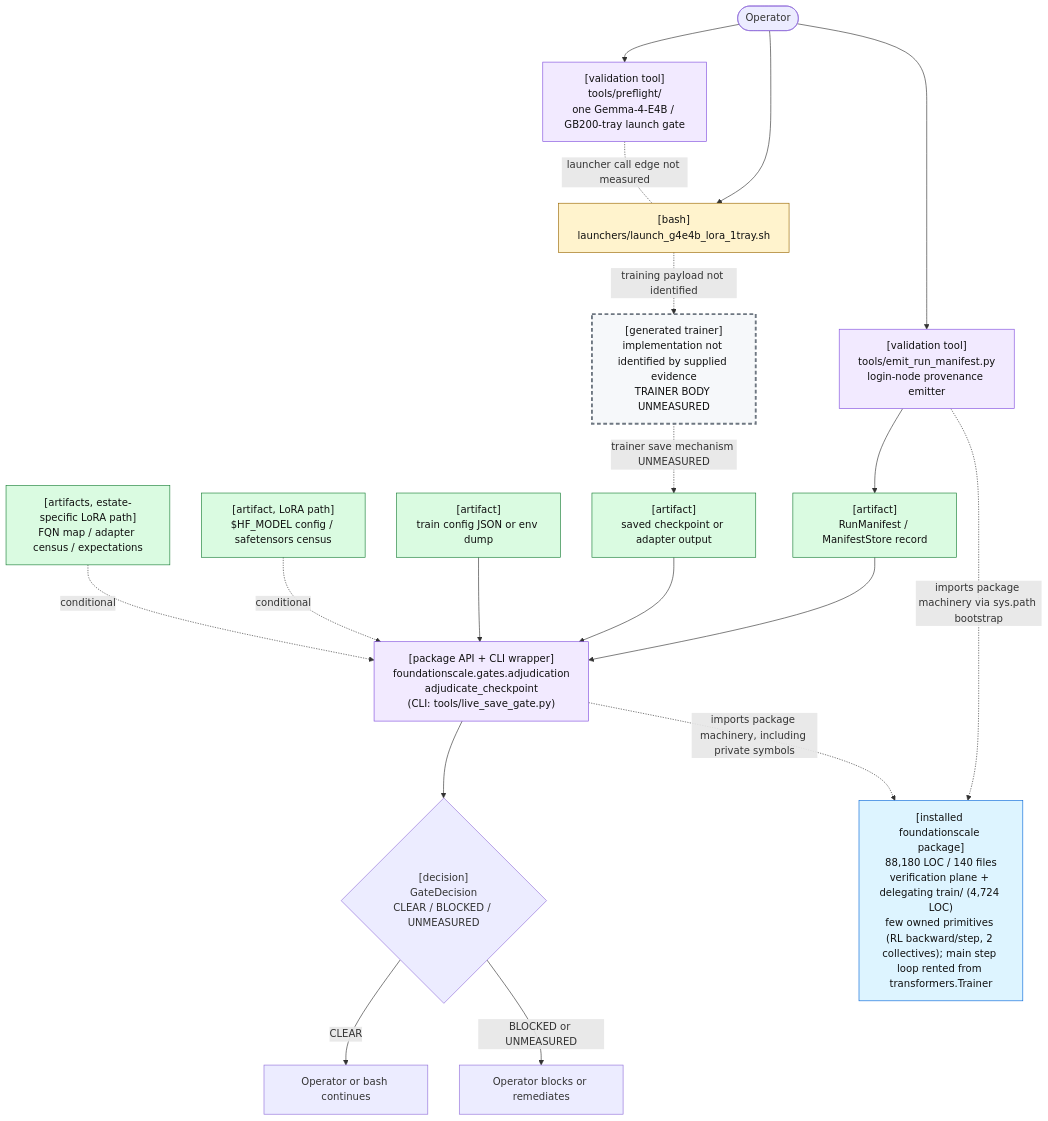
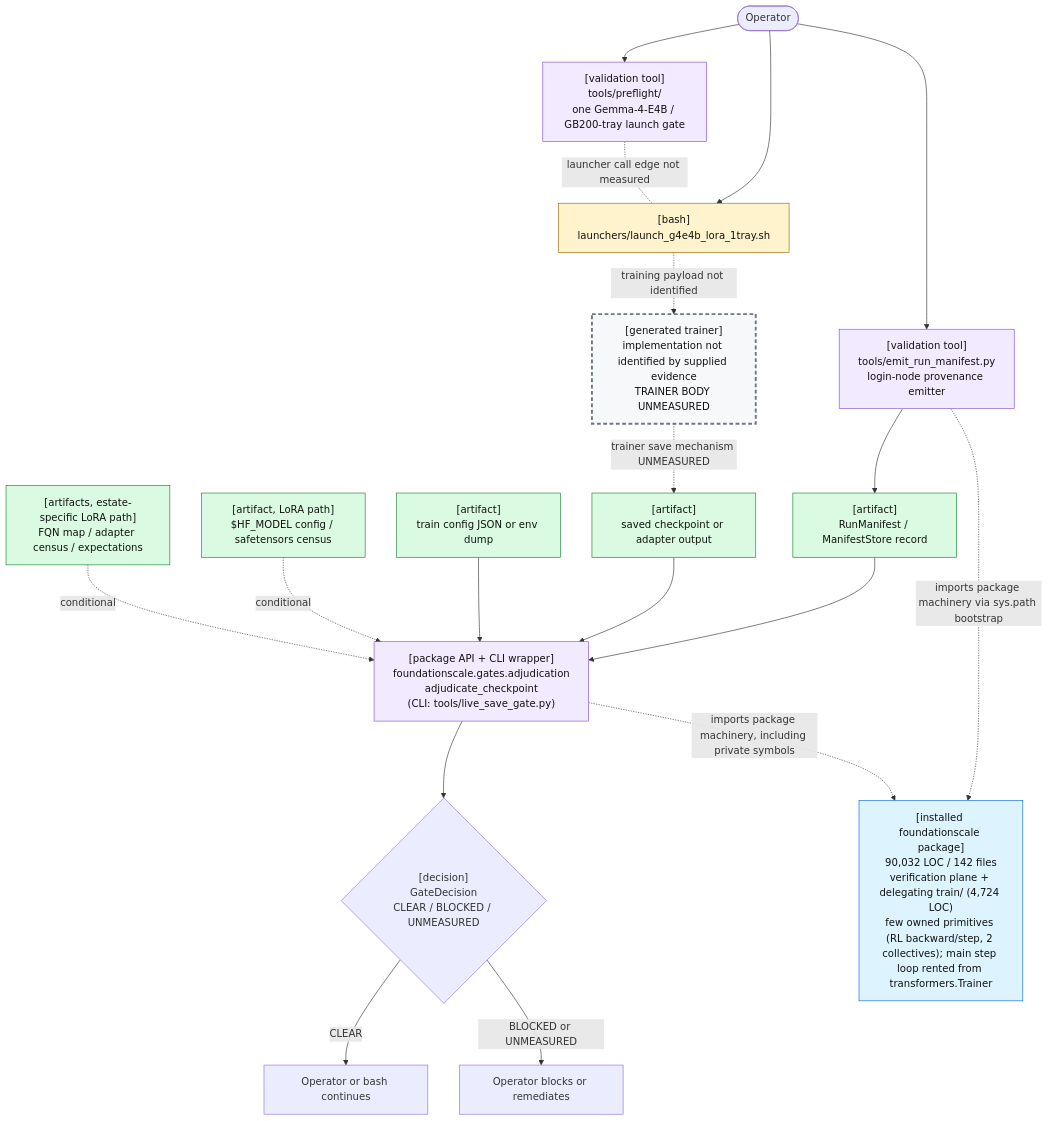
Before and after one commit to TranNhiem/FoundationScale: the first of 2 diagrams in docs/review/D2_current_architecture.md, drawn with Mermaid. The commit also changed other lines of this file and 15 other files, not shown here.

````diff
--- a/docs/review/D2_current_architecture.md
+++ b/docs/review/D2_current_architecture.md
@@ -25,59 +25,59 @@
 ```mermaid
 flowchart TB
   O(["Operator"])
 
   PF["[validation tool]<br/>tools/preflight/<br/>one Gemma-4-E4B / GB200-tray launch gate"]
   L["[bash]<br/>launchers/launch_g4e4b_lora_1tray.sh"]
 
   E["[validation tool]<br/>tools/emit_run_manifest.py<br/>login-node provenance emitter"]
   M["[artifact]<br/>RunManifest / ManifestStore record"]
 
   T["[generated trainer]<br/>implementation not identified by supplied evidence<br/>TRAINER BODY UNMEASURED"]
   C["[artifact]<br/>saved checkpoint or adapter output"]
 
   G["[package API + CLI wrapper]<br/>foundationscale.gates.adjudication<br/>adjudicate_checkpoint<br/>(CLI: tools/live_save_gate.py)"]
   CFG["[artifact]<br/>train config JSON or env dump"]
   BASE["[artifact, LoRA path]<br/>$HF_MODEL config / safetensors census"]
   CEN["[artifacts, estate-specific LoRA path]<br/>FQN map / adapter census / expectations"]
 
   D{"[decision]<br/>GateDecision<br/>CLEAR / BLOCKED / UNMEASURED"}
   OK["Operator or bash continues"]
   NO["Operator blocks or remediates"]
 
-  PKG["[installed foundationscale package]<br/>88,180 LOC / 140 files<br/>verification plane + delegating train/ (4,724 LOC)<br/>few owned primitives (RL backward/step, 2 collectives); main step loop rented from transformers.Trainer"]
+  PKG["[installed foundationscale package]<br/>90,032 LOC / 142 files<br/>verification plane + delegating train/ (4,724 LOC)<br/>few owned primitives (RL backward/step, 2 collectives); main step loop rented from transformers.Trainer"]
 
   O --> PF
   O --> L
   PF -. "launcher call edge not measured" .- L
 
   O --> E
   E --> M
 
   L -. "training payload not identified" .-> T
   T -. "trainer save mechanism UNMEASURED" .-> C
 
   M --> G
   C --> G
   CFG --> G
   BASE -. "conditional" .-> G
   CEN -. "conditional" .-> G
 
   E -. "imports package machinery via sys.path bootstrap" .-> PKG
   G -. "imports package machinery, including private symbols" .-> PKG
 
   G --> D
   D -->|"CLEAR"| OK
   D -->|"BLOCKED or UNMEASURED"| NO
 
   classDef bash fill:#fff3cd,stroke:#9a6700,color:#111;
   classDef tool fill:#f2eaff,stroke:#8250df,color:#111;
   classDef artifact fill:#dafbe1,stroke:#1a7f37,color:#111;
   classDef gap fill:#f6f8fa,stroke:#6e7781,stroke-width:3px,stroke-dasharray: 6 4,color:#111;
   classDef pkg fill:#ddf4ff,stroke:#0969da,color:#111;
 
   class L bash;
   class PF,E,G tool;
   class M,C,CFG,BASE,CEN artifact;
   class T gap;
   class PKG pkg;
 ```
````
